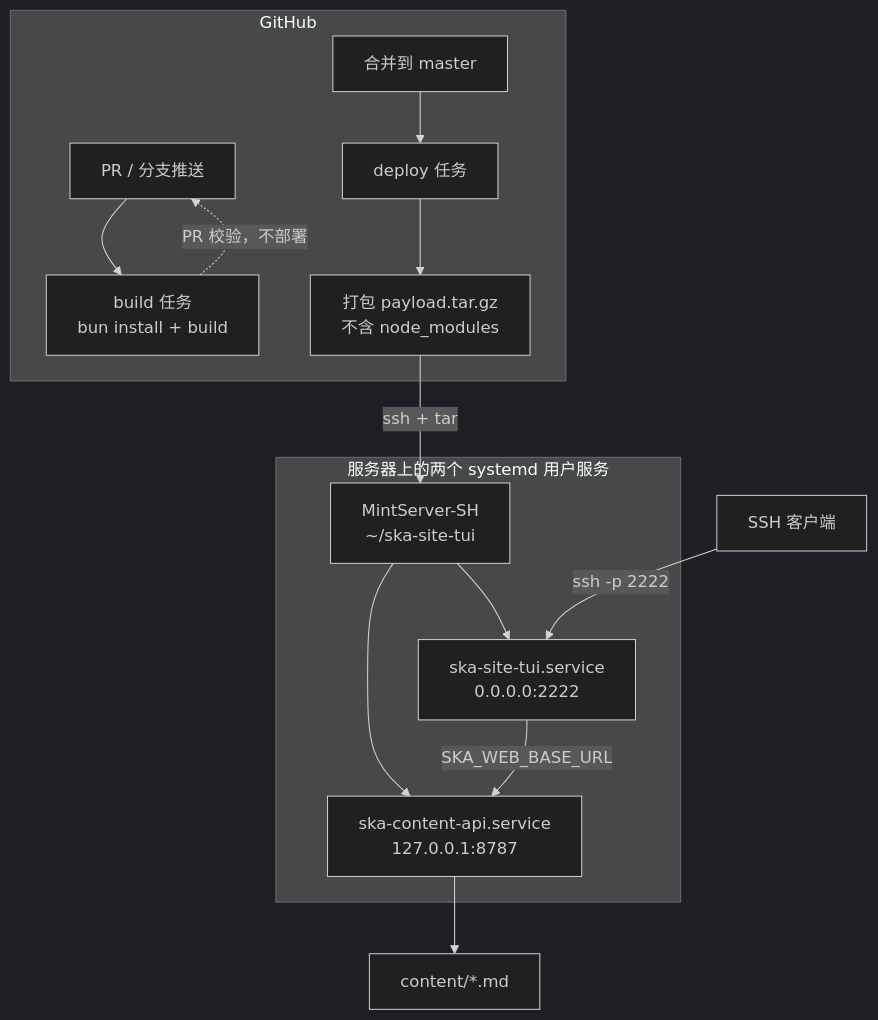
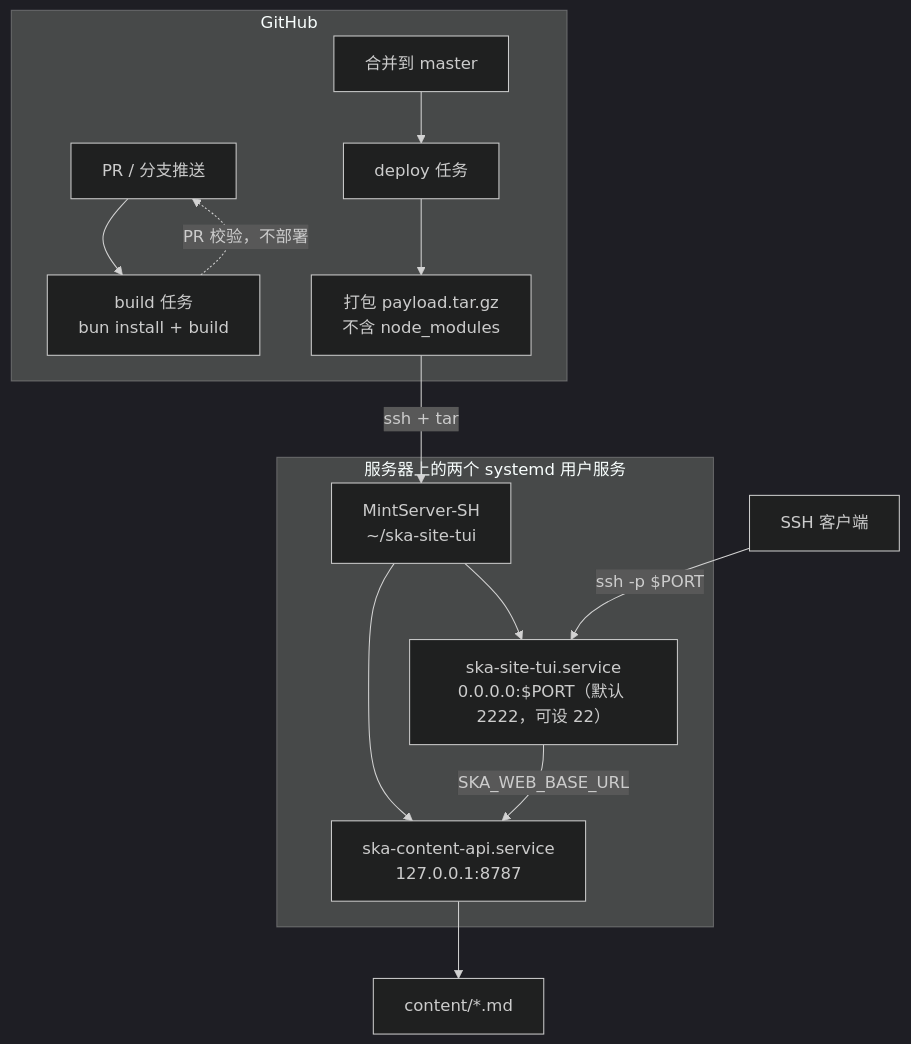
Before and after one commit to Kevin0217168/SCC-site-tui: the diagram in docs/deploy.md, drawn with Mermaid (dark theme). The commit also changed other lines of this file and 9 other files, not shown here.

````diff
--- a/docs/deploy.md
+++ b/docs/deploy.md
@@ -23,20 +23,20 @@
 ```mermaid
 graph TB
     subgraph GitHub
         PR[PR / 分支推送] --> B[build 任务<br/>bun install + build]
         M[合并到 master] --> D[deploy 任务]
         B -.->|PR 校验，不部署| PR
         D --> P[打包 payload.tar.gz<br/>不含 node_modules]
     end
 
     P -->|ssh + tar| S["MintServer-SH<br/>~/ska-site-tui"]
 
     subgraph S2["服务器上的两个 systemd 用户服务"]
         S --> A["ska-content-api.service<br/>127.0.0.1:8787"]
-        S --> T["ska-site-tui.service<br/>0.0.0.0:2222"]
+        S --> T["ska-site-tui.service<br/>0.0.0.0:$PORT（默认 2222，可设 22）"]
     end
 
-    U[SSH 客户端] -->|ssh -p 2222| T
+    U[SSH 客户端] -->|ssh -p $PORT| T
     T -->|SKA_WEB_BASE_URL| A
     A --> C["content/*.md"]
 ```
````
